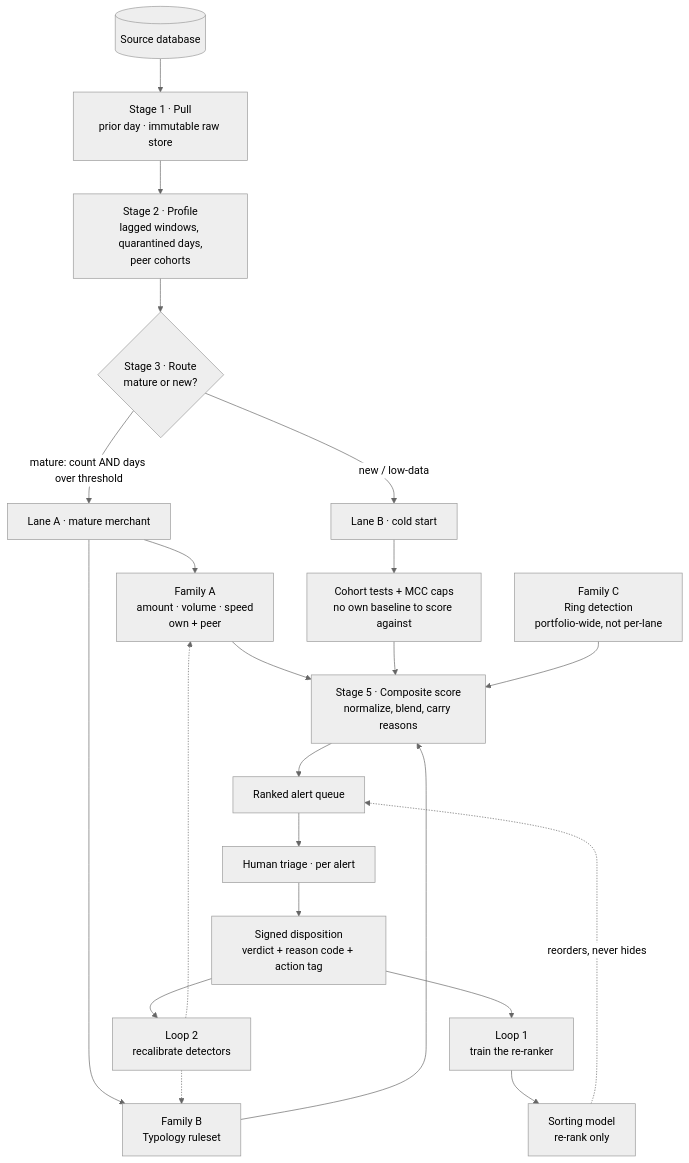
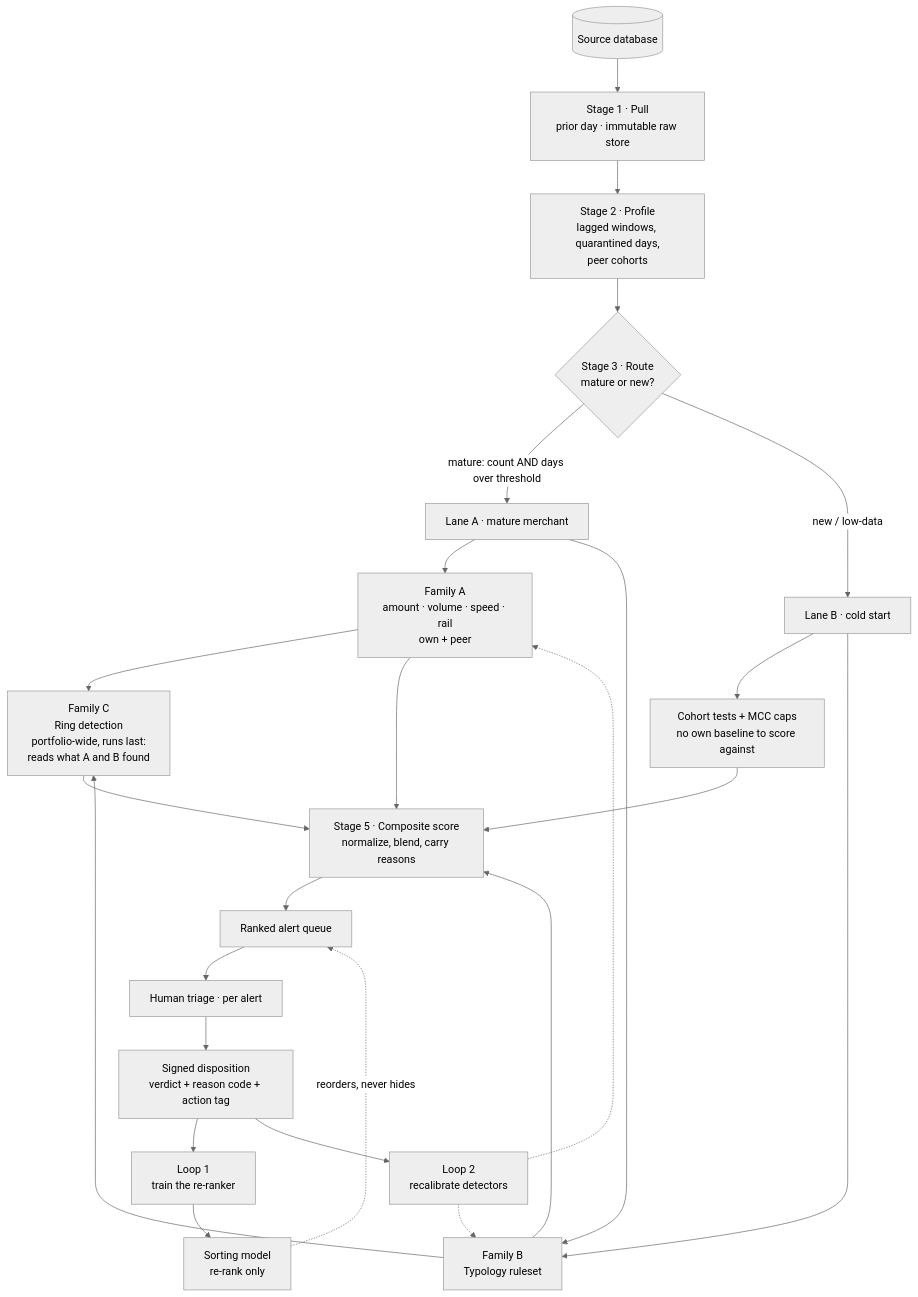
The first of 11 diagrams in docs/Detection_Flow_Diagrams.md (yr08ii/compliance-pipeline), drawn with Mermaid (neutral theme) before and after one commit. The commit also changed other lines of this file and 2 other files, not shown here.

First line of the commit message:
docs: exact test specifications for Family B and C, flow diagram brought up to date

````diff
--- a/docs/Detection_Flow_Diagrams.md
+++ b/docs/Detection_Flow_Diagrams.md
@@ -16,32 +16,34 @@
 ```mermaid
 flowchart TD
     SRC[("Source database")] --> PULL["Stage 1 · Pull<br/>prior day · immutable raw store"]
     PULL --> PROF["Stage 2 · Profile<br/>lagged windows, quarantined days,<br/>peer cohorts"]
     PROF --> ROUTE{"Stage 3 · Route<br/>mature or new?"}
 
     ROUTE -->|"mature: count AND days over threshold"| LANEA["Lane A · mature merchant"]
     ROUTE -->|"new / low-data"| LANEB["Lane B · cold start"]
 
-    LANEA --> FA["Family A<br/>amount · volume · speed<br/>own + peer"]
+    LANEA --> FA["Family A<br/>amount · volume · speed · rail<br/>own + peer"]
     LANEA --> FB["Family B<br/>Typology ruleset"]
     LANEB --> FBP["Cohort tests + MCC caps<br/>no own baseline to score against"]
+    LANEB --> FB
 
-    FC["Family C<br/>Ring detection<br/>portfolio-wide, not per-lane"]
+    FA --> FC["Family C<br/>Ring detection<br/>portfolio-wide, runs last:<br/>reads what A and B found"]
+    FB --> FC
 
     FA --> SCORE["Stage 5 · Composite score<br/>normalize, blend, carry reasons"]
     FB --> SCORE
     FBP --> SCORE
     FC --> SCORE
 
     SCORE --> QUEUE["Ranked alert queue"]
     RANK["Sorting model<br/>re-rank only"] -.->|"reorders, never hides"| QUEUE
 
     QUEUE --> HUMAN["Human triage · per alert"]
     HUMAN --> DISP["Signed disposition<br/>verdict + reason code + action tag"]
 
     DISP --> L1["Loop 1<br/>train the re-ranker"]
     DISP --> L2["Loop 2<br/>recalibrate detectors"]
     L1 --> RANK
     L2 -.-> FA
     L2 -.-> FB
 ```
````
